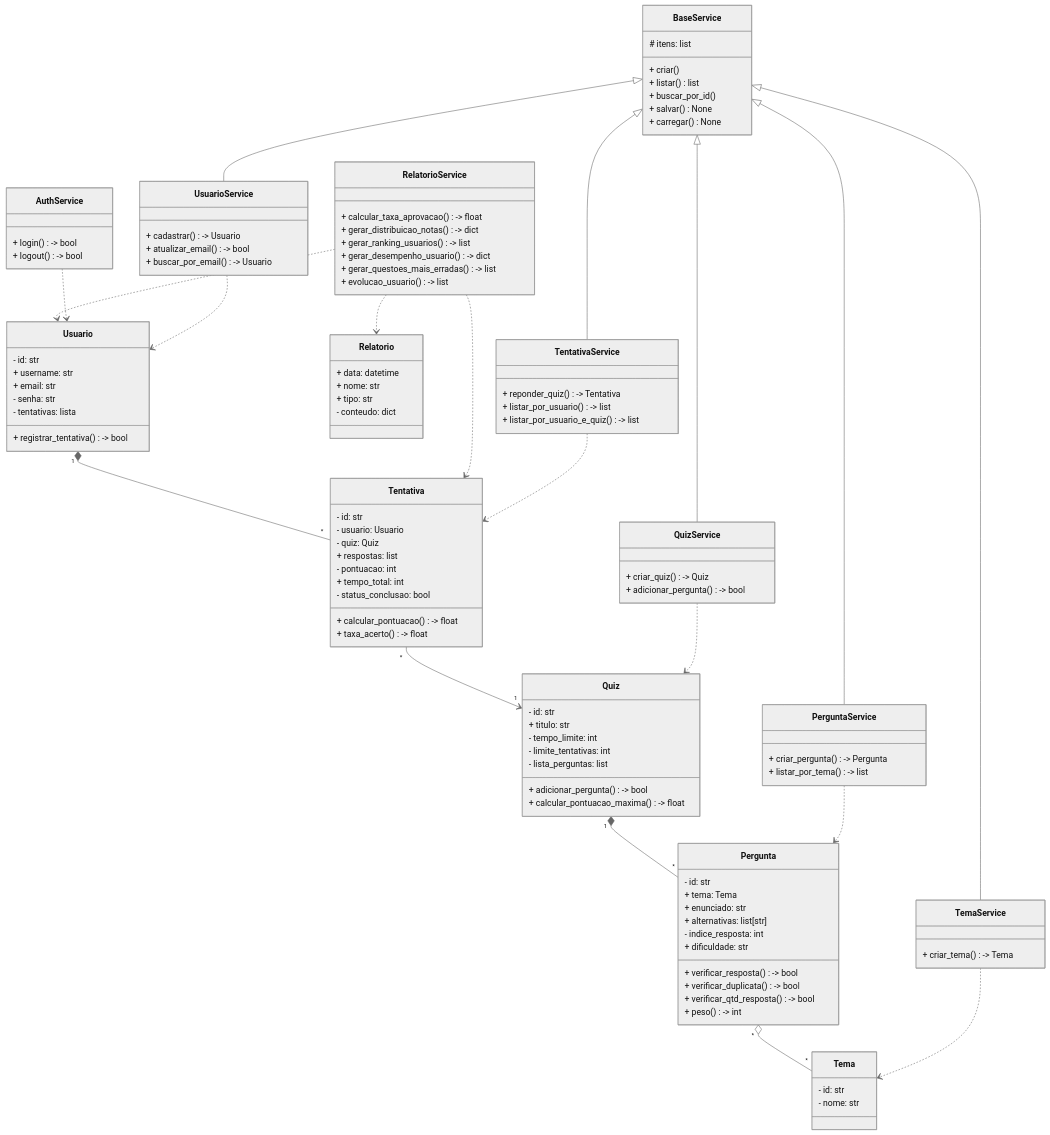
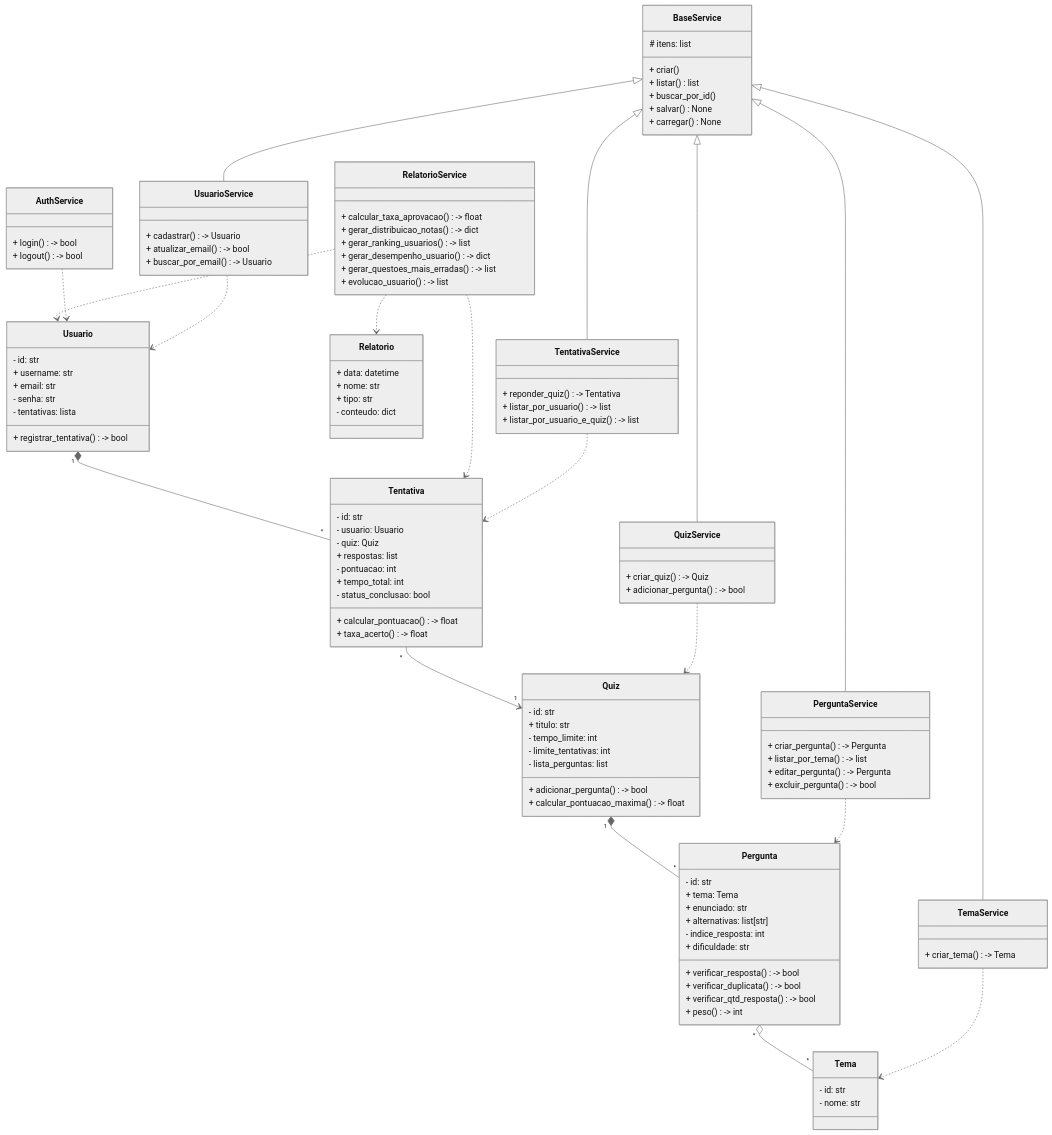
Before and after one commit to EzequielFerreira35/sistema-de-quiz-educacional: the diagram in README.md, drawn with Mermaid (neutral theme). The commit also changed 8 other files, not shown here.

```diff
--- a/README.md
+++ b/README.md
@@ -95,6 +95,8 @@
     class PerguntaService {
         + criar_pergunta() -> Pergunta
         + listar_por_tema() -> list
+        + editar_pergunta() -> Pergunta
+        + excluir_pergunta() -> bool
         }
 
     class TentativaService {
```
